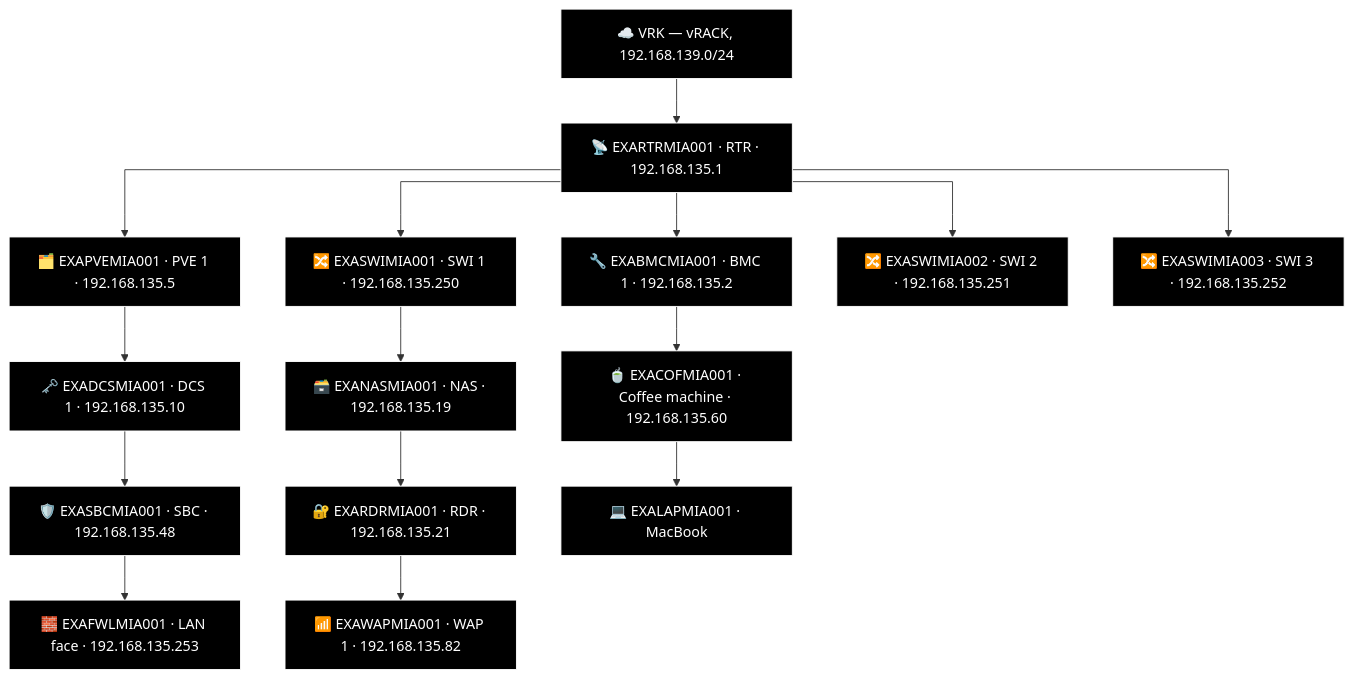
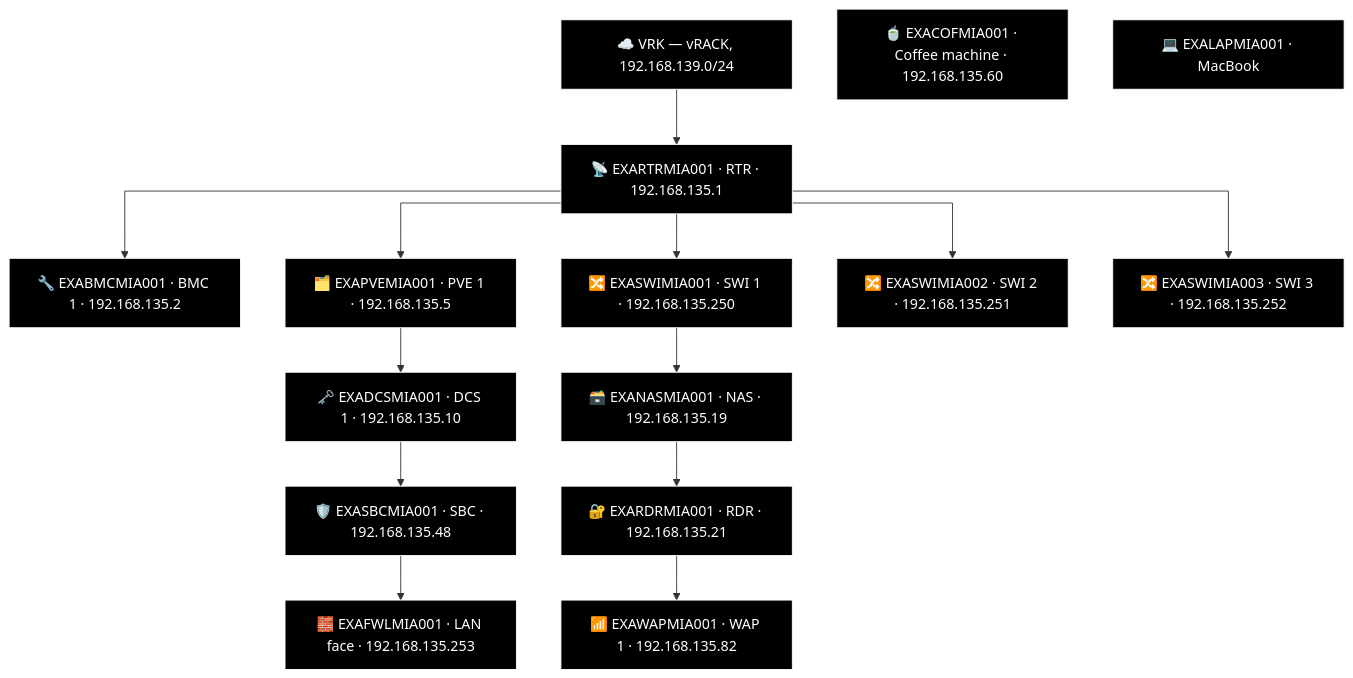
The eighth of 16 diagrams in docs/network-diagram/united-states.md (knightmare2600/example_music_infra), drawn with Mermaid before and after one commit. The commit also changed other lines of this file and 8 other files, not shown here.

First line of the commit message:
generate_network_diagrams.py: port FAL's two-column "Other" bucket into the generator

````diff
--- a/docs/network-diagram/united-states.md
+++ b/docs/network-diagram/united-states.md
@@ -297,45 +310,44 @@
 ```mermaid
 %% GENERATED:TOPOLOGY:MIA:START
 %%{init: {'flowchart': {'curve': 'stepAfter'}}}%%
 graph TD
     T_VRK["☁️ VRK — vRACK, 192.168.139.0/24"]
     T_RTR["📡 EXARTRMIA001 · RTR · 192.168.135.1"]
     T_VRK --> T_RTR
     T_BMC["🔧 EXABMCMIA001 · BMC 1 · 192.168.135.2"]
     T_RTR --> T_BMC
     T_PVE["🗂️ EXAPVEMIA001 · PVE 1 · 192.168.135.5"]
     T_RTR --> T_PVE
     T_SWI["🔀 EXASWIMIA001 · SWI 1 · 192.168.135.250"]
     T_RTR --> T_SWI
     T_SWI2["🔀 EXASWIMIA002 · SWI 2 · 192.168.135.251"]
     T_RTR --> T_SWI2
     T_SWI3["🔀 EXASWIMIA003 · SWI 3 · 192.168.135.252"]
     T_RTR --> T_SWI3
     T_NAS["🗃️ EXANASMIA001 · NAS · 192.168.135.19"]
     T_RDR["🔐 EXARDRMIA001 · RDR · 192.168.135.21"]
     T_WAP["📶 EXAWAPMIA001 · WAP 1 · 192.168.135.82"]
     T_SWI --> T_NAS --> T_RDR --> T_WAP
     T_DCS["🗝️ EXADCSMIA001 · DCS 1 · 192.168.135.10"]
     T_SBC["🛡️ EXASBCMIA001 · SBC · 192.168.135.48"]
     T_FWL["🧱 EXAFWLMIA001 · LAN face · 192.168.135.253"]
     T_PVE --> T_DCS --> T_SBC --> T_FWL
     T_COF["🍵 EXACOFMIA001 · Coffee machine · 192.168.135.60"]
     T_LAP["💻 EXALAPMIA001 · MacBook"]
-    T_BMC --> T_COF --> T_LAP
     style T_VRK fill:#000000,stroke:#FFFFFF,color:#FFFFFF
     style T_RTR fill:#000000,stroke:#FFFFFF,color:#FFFFFF
     style T_BMC fill:#000000,stroke:#FFFFFF,color:#FFFFFF
     style T_PVE fill:#000000,stroke:#FFFFFF,color:#FFFFFF
     style T_SWI fill:#000000,stroke:#FFFFFF,color:#FFFFFF
     style T_SWI2 fill:#000000,stroke:#FFFFFF,color:#FFFFFF
     style T_SWI3 fill:#000000,stroke:#FFFFFF,color:#FFFFFF
     style T_NAS fill:#000000,stroke:#FFFFFF,color:#FFFFFF
     style T_RDR fill:#000000,stroke:#FFFFFF,color:#FFFFFF
     style T_WAP fill:#000000,stroke:#FFFFFF,color:#FFFFFF
     style T_DCS fill:#000000,stroke:#FFFFFF,color:#FFFFFF
     style T_SBC fill:#000000,stroke:#FFFFFF,color:#FFFFFF
     style T_FWL fill:#000000,stroke:#FFFFFF,color:#FFFFFF
     style T_COF fill:#000000,stroke:#FFFFFF,color:#FFFFFF
     style T_LAP fill:#000000,stroke:#FFFFFF,color:#FFFFFF
 %% GENERATED:TOPOLOGY:MIA:END
 ```
````
